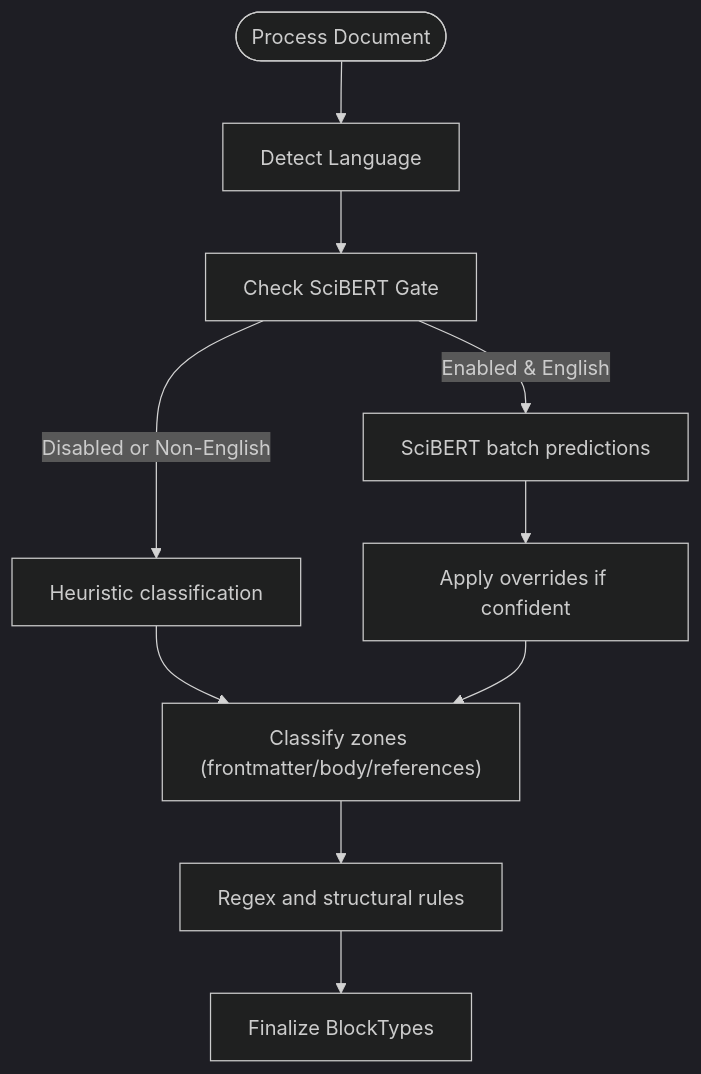
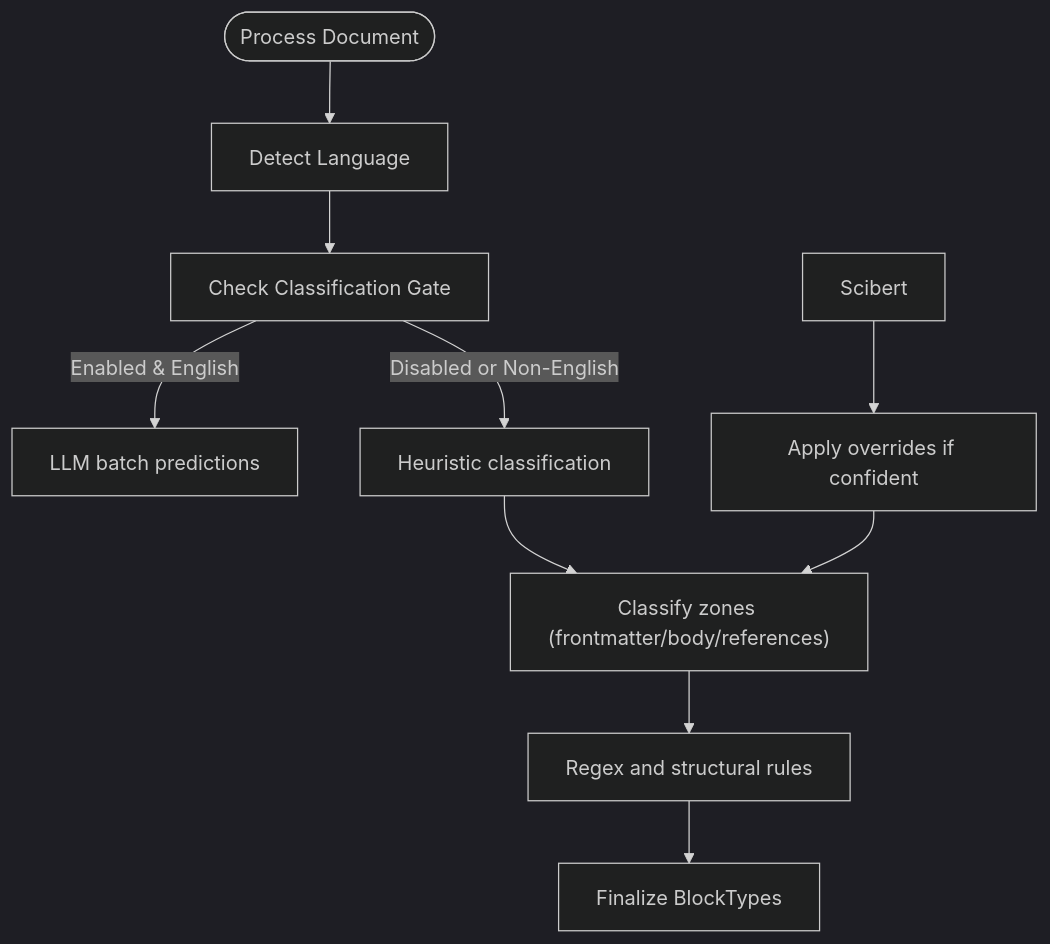
One commit to rohitkumarnaidu/ScholarFormAI changed diagram 11 of 12 in .docs/content/AI_ML Integration/AI_ML Integration.md. Above: the diagram before and after it, drawn with Mermaid (dark theme). The commit also changed other lines of this file and 4 other files, not shown here.

````diff
--- a/.docs/content/AI_ML Integration/AI_ML Integration.md
+++ b/.docs/content/AI_ML Integration/AI_ML Integration.md
@@ -428,12 +428,12 @@
 ```mermaid
 flowchart TD
 Start(["Process Document"]) --> DetectLang["Detect Language"]
-DetectLang --> CheckSciBERT["Check SciBERT Gate"]
-CheckSciBERT --> |Enabled & English| Scibert["SciBERT batch predictions"]
-CheckSciBERT --> |Disabled or Non-English| Heuristic["Heuristic classification"]
+DetectLang --> CheckGate["Check Classification Gate"]
+CheckGate --> |Enabled & English| Classify["LLM batch predictions"]
+CheckGate --> |Disabled or Non-English| Heuristic["Heuristic classification"]
 Scibert --> Apply["Apply overrides if confident"]
 Heuristic --> Zones["Classify zones (frontmatter/body/references)"]
 Apply --> Zones
 Zones --> Regex["Regex and structural rules"]
 Regex --> Finalize["Finalize BlockTypes"]
 ```
````
